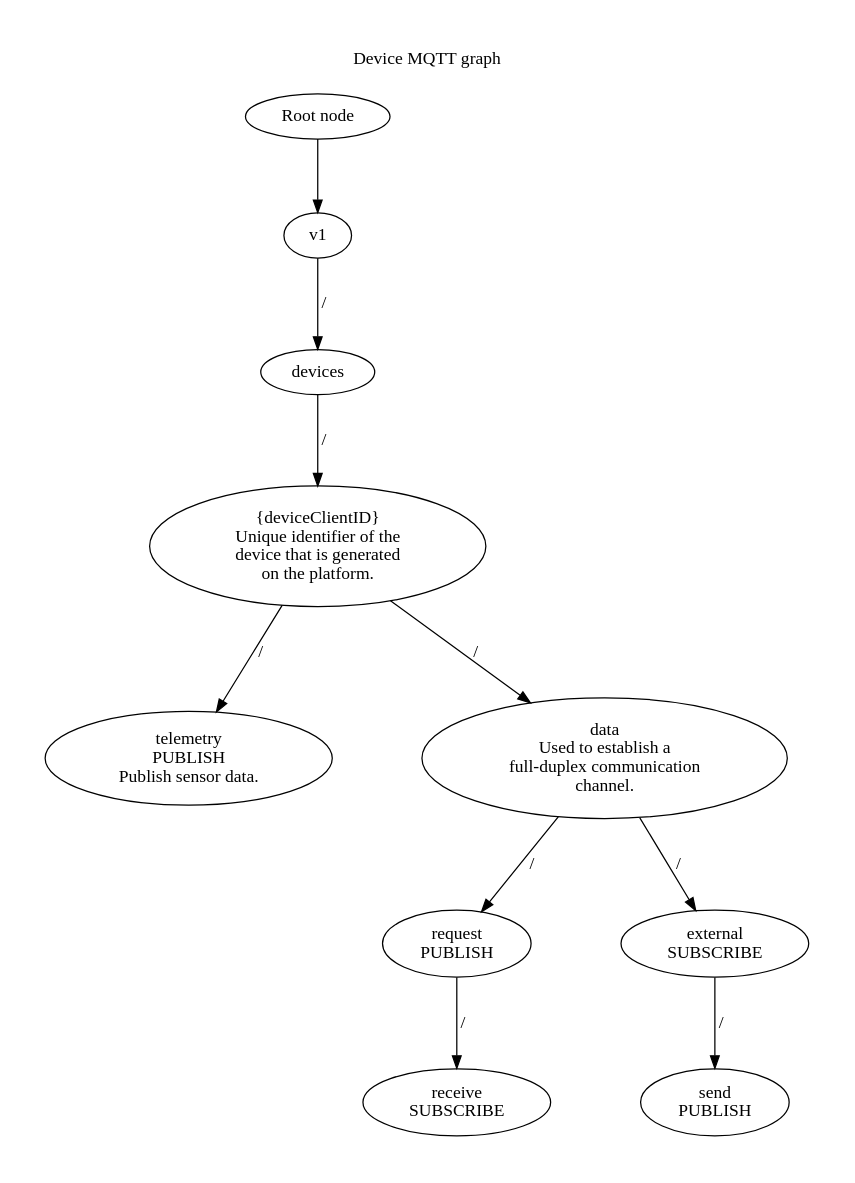
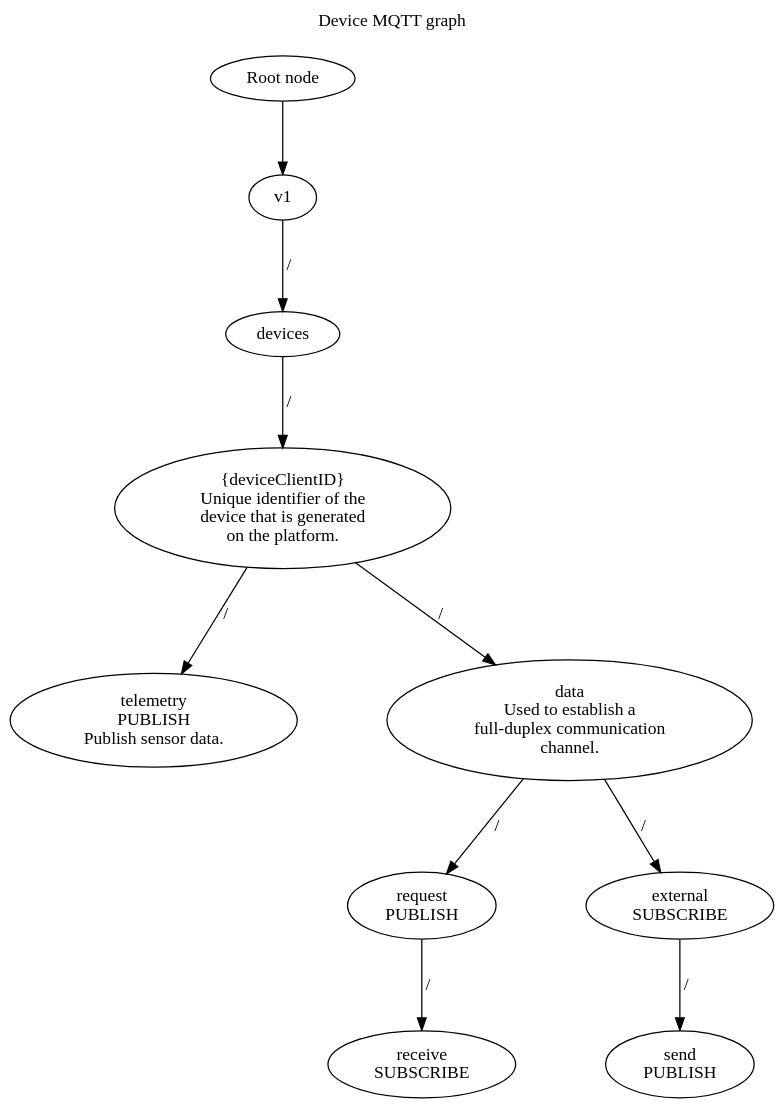
One commit to hlutir/hlutir-api changed the diagram in docs/connectivity/graph_mqtt_device.dot. Above: the diagram before and after it, drawn with Graphviz. The commit also changed 1 other file, not shown here.

```diff
--- a/docs/connectivity/graph_mqtt_device.dot
+++ b/docs/connectivity/graph_mqtt_device.dot
@@ -1,30 +1,30 @@
 digraph G {
-    graph [pad=0.4, nodesep=1, ranksep=0.8, label="Device MQTT graph\n\n", labelloc=top, orientation=portrait];
+    graph [pad=0.4, nodesep=1, ranksep=0.8, label="Device MQTT graph\n\n", labelloc=top, orientation=portrait, bgcolor=transparent];
     splines=true;
 
     /* Entities */
     rootNode [label="Root node"];
     v1Node [label="v1"];
     devicesNode [label="devices"];
     deviceClientIDNode [label="{deviceClientID}\nUnique identifier of the\ndevice that is generated\non the platform."];
     deviceTelemetryNode [label="telemetry\nPUBLISH\nPublish sensor data."];
     deviceDataNode [label="data\nUsed to establish a\nfull-duplex communication\nchannel."];
     deviceDataRequestNode [label="request\nPUBLISH"];
     deviceDataRequestReceiveNode [label="receive\nSUBSCRIBE"];
     deviceDataExternalNode [label="external\nSUBSCRIBE"];
     deviceDataExternalSendNode [label="send\nPUBLISH"];
 
     /* Relationships */
     rootNode -> v1Node;
     v1Node -> devicesNode [label=" /"];
     devicesNode -> deviceClientIDNode [label=" /"];
     deviceClientIDNode -> deviceTelemetryNode [label="/"];
     deviceClientIDNode -> deviceDataNode [label=" /"];
     deviceDataNode -> deviceDataRequestNode [label=" /"];
     deviceDataRequestNode -> deviceDataRequestReceiveNode [label=" /"];
     deviceDataNode -> deviceDataExternalNode [label=" /"];
     deviceDataExternalNode -> deviceDataExternalSendNode [label=" /"];
 
     /* Ranks */
     // { rank=same; rootNode; };
 }
```
